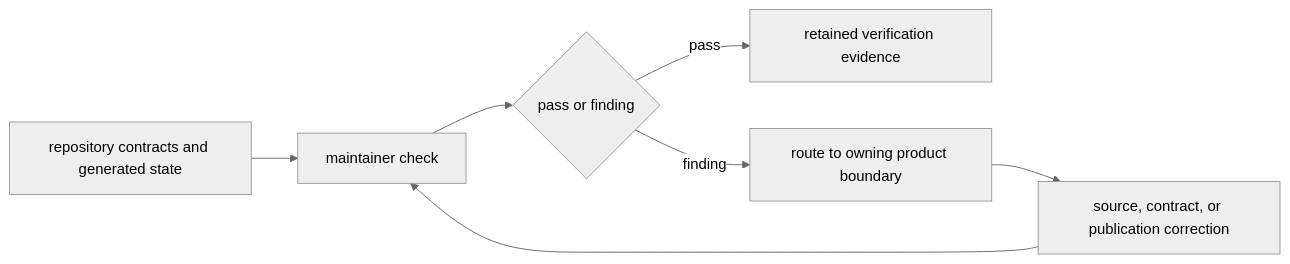
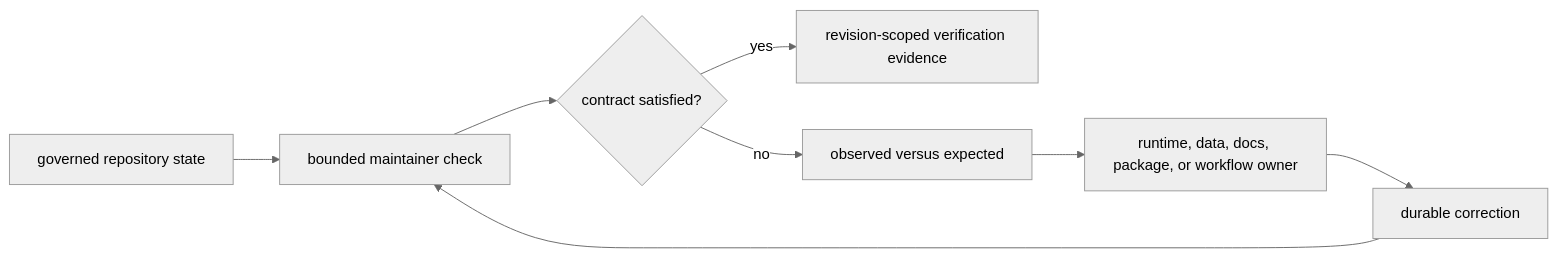
The diagram in docs/internal/pollenomics-dev/index.md (bijux/bijux-pollenomics), drawn with Mermaid (neutral theme) before and after one commit. The commit also changed other lines of this file and 3 other files, not shown here.

Commit message:
docs(maintainers): separate product and repository authority

````diff
--- a/docs/internal/pollenomics-dev/index.md
+++ b/docs/internal/pollenomics-dev/index.md
@@ -30,9 +49,10 @@
 ```mermaid
 flowchart LR
-    Inputs["repository contracts and generated state"] --> Check["maintainer check"]
-    Check --> Result{"pass or finding"}
-    Result -->|pass| Evidence["retained verification evidence"]
-    Result -->|finding| Owner["route to owning product boundary"]
-    Owner --> Correction["source, contract, or publication correction"]
+    State["governed repository state"] --> Check["bounded maintainer check"]
+    Check --> Outcome{"contract satisfied?"}
+    Outcome -->|yes| Proof["revision-scoped verification evidence"]
+    Outcome -->|no| Finding["observed versus expected"]
+    Finding --> Owner["runtime, data, docs, package, or workflow owner"]
+    Owner --> Correction["durable correction"]
     Correction --> Check
 ```
````
